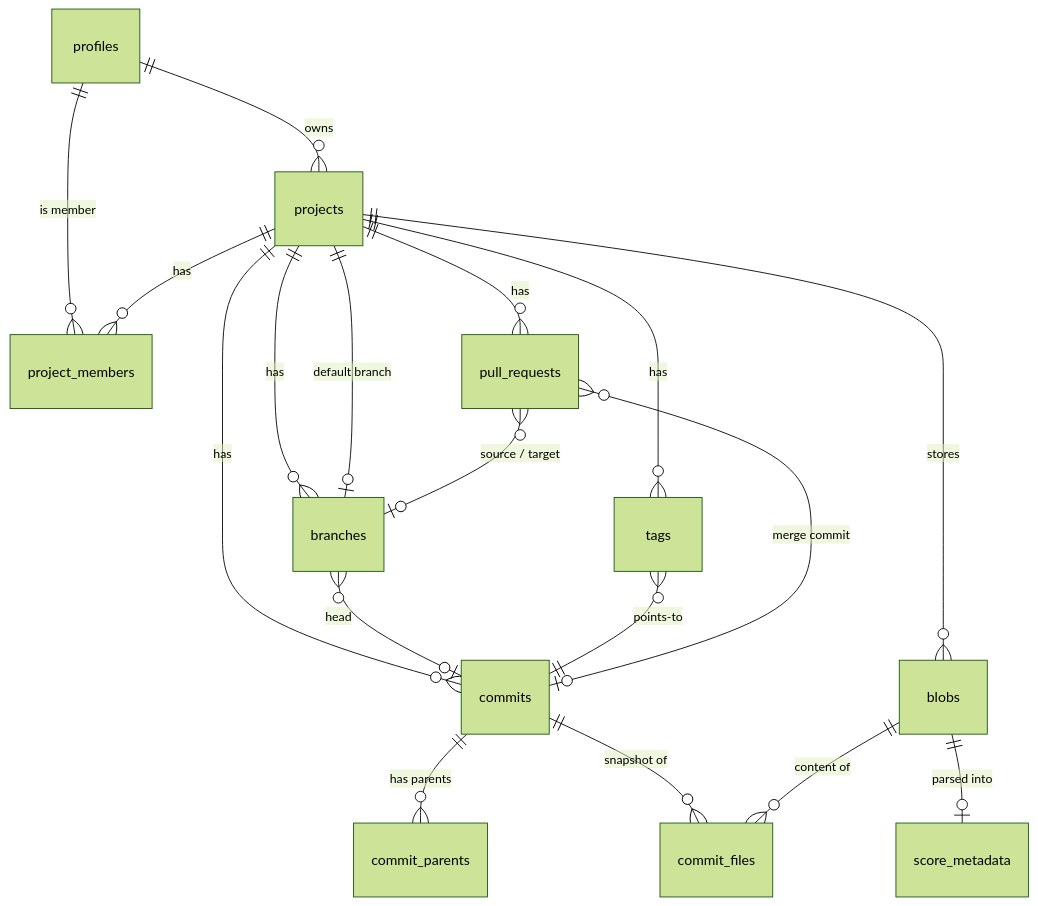
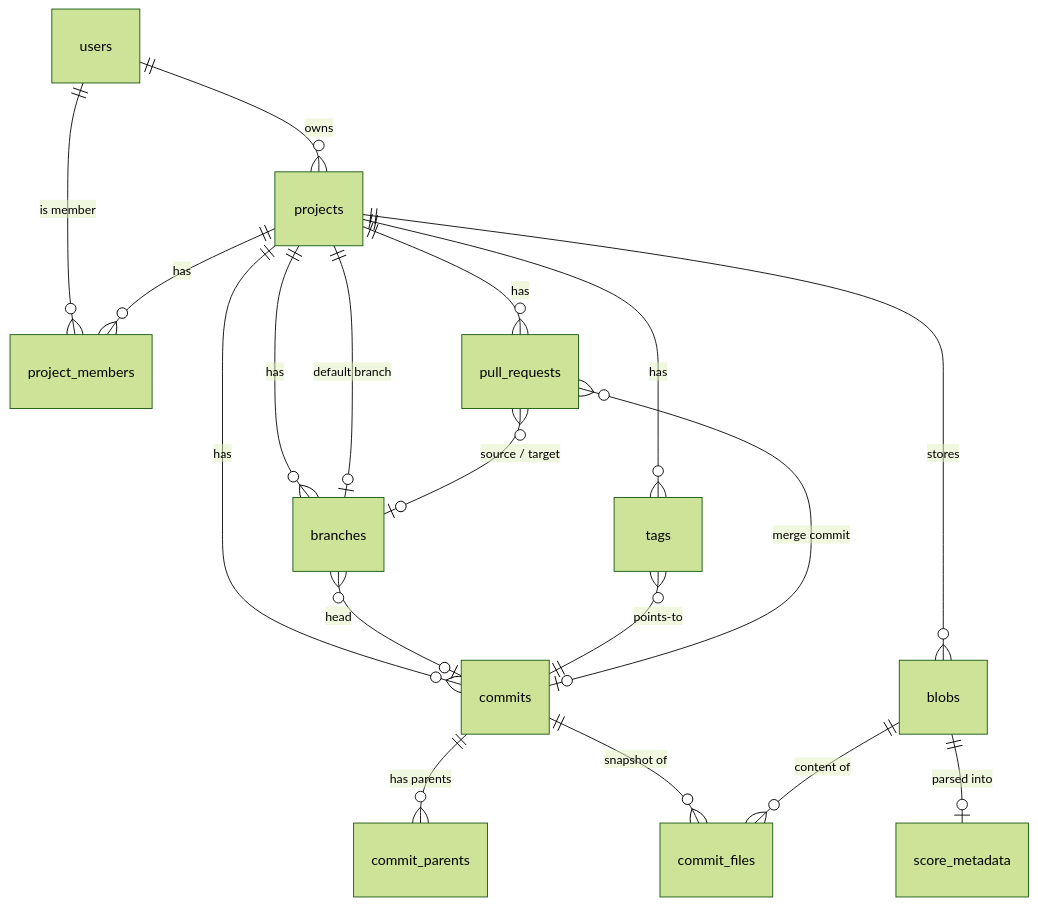
Before and after one commit to ScoreControl/scorecontrol-website: the diagram in docs/DATABASE_SCHEMA.md, drawn with Mermaid (forest theme). The commit also changed other lines of this file and 3 other files, not shown here.

Commit message:
refactor(db): rename profiles table to users

````diff
--- a/docs/DATABASE_SCHEMA.md
+++ b/docs/DATABASE_SCHEMA.md
@@ -253,20 +253,20 @@
 ```mermaid
 erDiagram
-  profiles ||--o{ projects : owns
-  profiles ||--o{ project_members : "is member"
+  users ||--o{ projects : owns
+  users ||--o{ project_members : "is member"
   projects ||--o{ project_members : has
   projects ||--o{ branches : has
   projects ||--o| branches : "default branch"
   projects ||--o{ commits : has
   projects ||--o{ blobs : stores
   projects ||--o{ tags : has
   projects ||--o{ pull_requests : has
   commits ||--o{ commit_parents : "has parents"
   commits ||--o{ commit_files : "snapshot of"
   blobs ||--o{ commit_files : "content of"
   blobs ||--o| score_metadata : "parsed into"
   branches }o--o| commits : "head"
   tags }o--|| commits : points-to
   pull_requests }o--o| branches : "source / target"
   pull_requests }o--o| commits : "merge commit"
 ```
````
